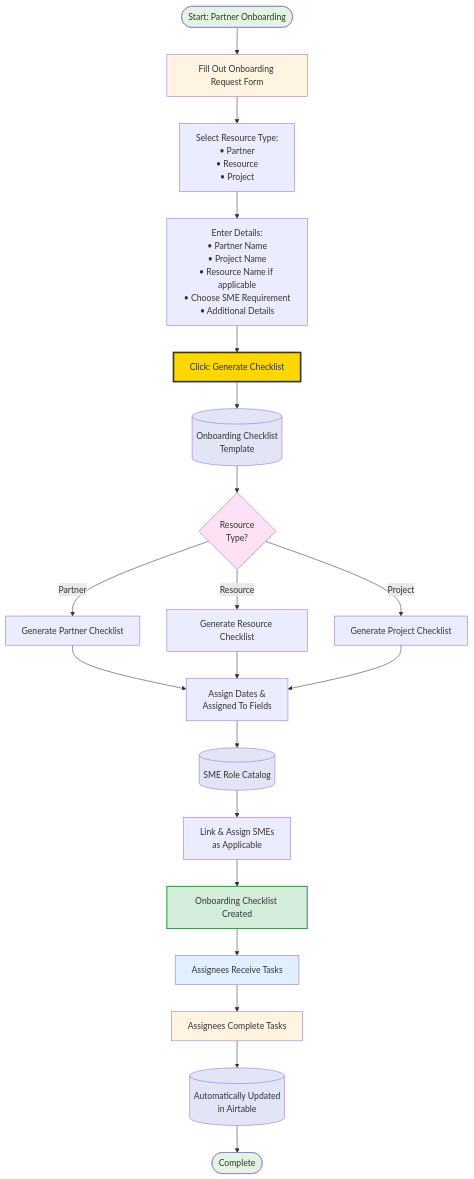
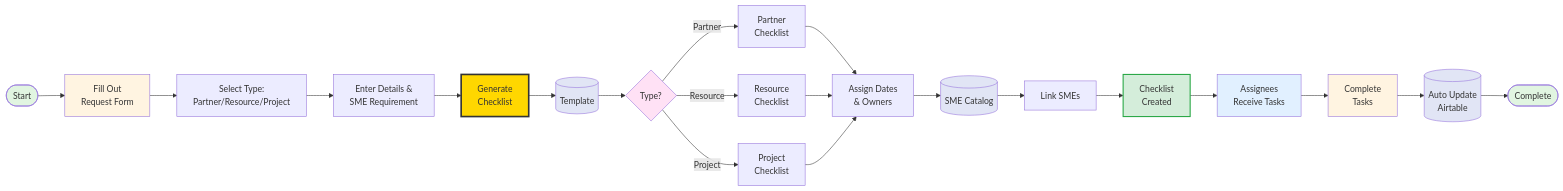
The diagram in partner-onboarding-flow.md (krisboardman/partner-onboarding-diagram), drawn with Mermaid before and after one commit.

Commit message:
Reorganize partner onboarding flow for horizontal layout
- Changed from top-down (TD) to left-right (LR) flow
- Condensed text in boxes for more compact display
- Optimized for PowerPoint presentation (single page friendly)
- Maintained all workflow steps and color coding

🤖 Generated with [Claude Code](https://claude.com/claude-code)

````diff
--- a/partner-onboarding-flow.md
+++ b/partner-onboarding-flow.md
@@ -3,43 +3,38 @@
 ```mermaid
-flowchart TD
-    Start([Start: Partner Onboarding]) --> Form[Fill Out Onboarding Request Form]
+flowchart LR
+    Start([Start]) --> Form[Fill Out<br/>Request Form]
+    Form --> Input1[Select Type:<br/>Partner/Resource/Project]
+    Input1 --> Input2[Enter Details &<br/>SME Requirement]
+    Input2 --> Generate[Generate<br/>Checklist]
 
-    Form --> Input1[Select Resource Type:<br/>• Partner<br/>• Resource<br/>• Project]
-    Input1 --> Input2[Enter Details:<br/>• Partner Name<br/>• Project Name<br/>• Resource Name if applicable<br/>• Choose SME Requirement<br/>• Additional Details]
+    Generate --> Template[(Template)]
+    Template --> Decision{Type?}
 
-    Input2 --> Generate[Click: Generate Checklist]
+    Decision -->|Partner| PC[Partner<br/>Checklist]
+    Decision -->|Resource| RC[Resource<br/>Checklist]
+    Decision -->|Project| PrC[Project<br/>Checklist]
 
-    Generate --> Template[(Onboarding Checklist<br/>Template)]
-    Template --> Decision{Resource<br/>Type?}
+    PC --> Assign
+    RC --> Assign
+    PrC --> Assign
 
-    Decision -->|Partner| PartnerChecklist[Generate Partner Checklist]
-    Decision -->|Resource| ResourceChecklist[Generate Resource Checklist]
-    Decision -->|Project| ProjectChecklist[Generate Project Checklist]
-
-    PartnerChecklist --> Assign[Assign Dates &<br/>Assigned To Fields]
-    ResourceChecklist --> Assign
-    ProjectChecklist --> Assign
-
-    Assign --> SME[(SME Role Catalog)]
-    SME --> LinkSME[Link & Assign SMEs<br/>as Applicable]
-
-    LinkSME --> Final[Onboarding Checklist Created]
-    Final --> Notify[Assignees Receive Tasks]
-
-    Notify --> Complete[Assignees Complete Tasks]
-    Complete --> Update[(Automatically Updated<br/>in Airtable)]
-
+    Assign[Assign Dates<br/>& Owners] --> SME[(SME Catalog)]
+    SME --> Link[Link SMEs]
+    Link --> Created[Checklist<br/>Created]
+    Created --> Notify[Assignees<br/>Receive Tasks]
+    Notify --> Complete[Complete<br/>Tasks]
+    Complete --> Update[(Auto Update<br/>Airtable)]
     Update --> End([Complete])
 
     style Start fill:#e1f5e1
     style End fill:#e1f5e1
     style Form fill:#fff4e1
     style Generate fill:#ffd700,stroke:#333,stroke-width:3px
     style Template fill:#e1e5f5
     style SME fill:#e1e5f5
     style Update fill:#e1e5f5
     style Decision fill:#ffe1f5
-    style Final fill:#d4edda,stroke:#28a745,stroke-width:2px
+    style Created fill:#d4edda,stroke:#28a745,stroke-width:2px
     style Notify fill:#e1f0ff
     style Complete fill:#fff4e1
 ```
````
